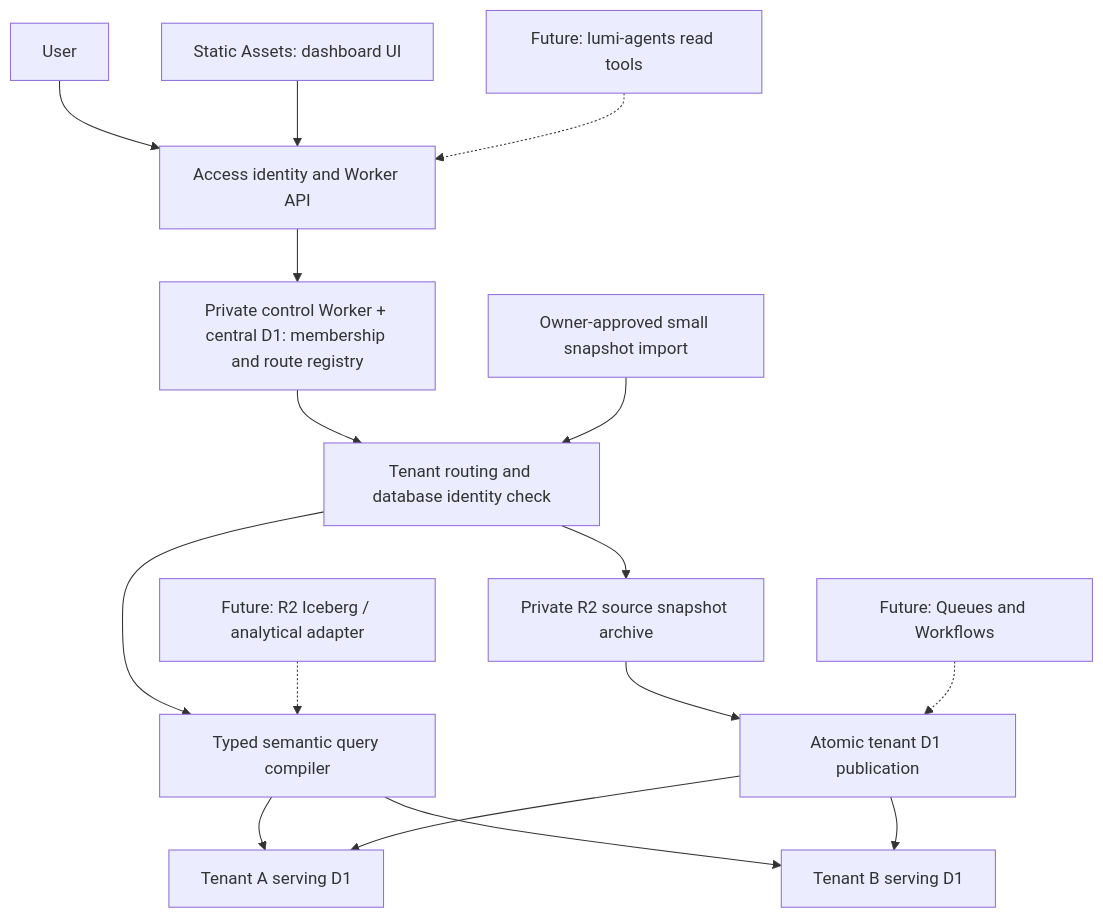
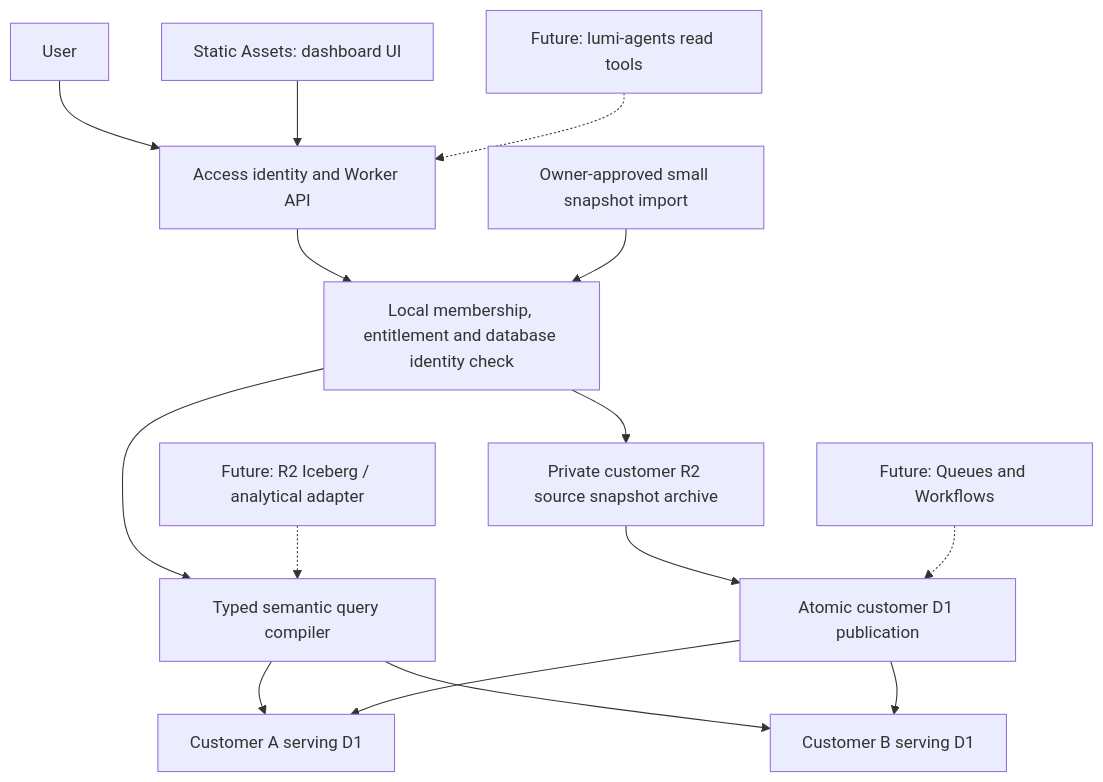
Before and after one commit to RunLumi/bi.runlumi.app: the diagram in docs/architecture.md, drawn with Mermaid. The commit also changed other lines of this file and 8 other files, not shown here.

````diff
--- a/docs/architecture.md
+++ b/docs/architecture.md
@@ -22,18 +22,17 @@
 ```mermaid
 flowchart TD
   U[User] --> A[Access identity and Worker API]
   W[Static Assets: dashboard UI] --> A
-  A --> C[Private control Worker + central D1: membership and route registry]
-  C --> R[Tenant routing and database identity check]
+  A --> R[Local membership, entitlement and database identity check]
   R --> Q[Typed semantic query compiler]
-  Q --> D1[Tenant A serving D1]
-  Q --> D2[Tenant B serving D1]
+  Q --> D1[Customer A serving D1]
+  Q --> D2[Customer B serving D1]
   I[Owner-approved small snapshot import] --> R
-  R --> O[Private R2 source snapshot archive]
-  O --> P[Atomic tenant D1 publication]
+  R --> O[Private customer R2 source snapshot archive]
+  O --> P[Atomic customer D1 publication]
   P --> D1
   P --> D2
   X[Future: Queues and Workflows] -.-> P
   L[Future: R2 Iceberg / analytical adapter] -.-> Q
   G[Future: lumi-agents read tools] -.-> A
 ```
````
